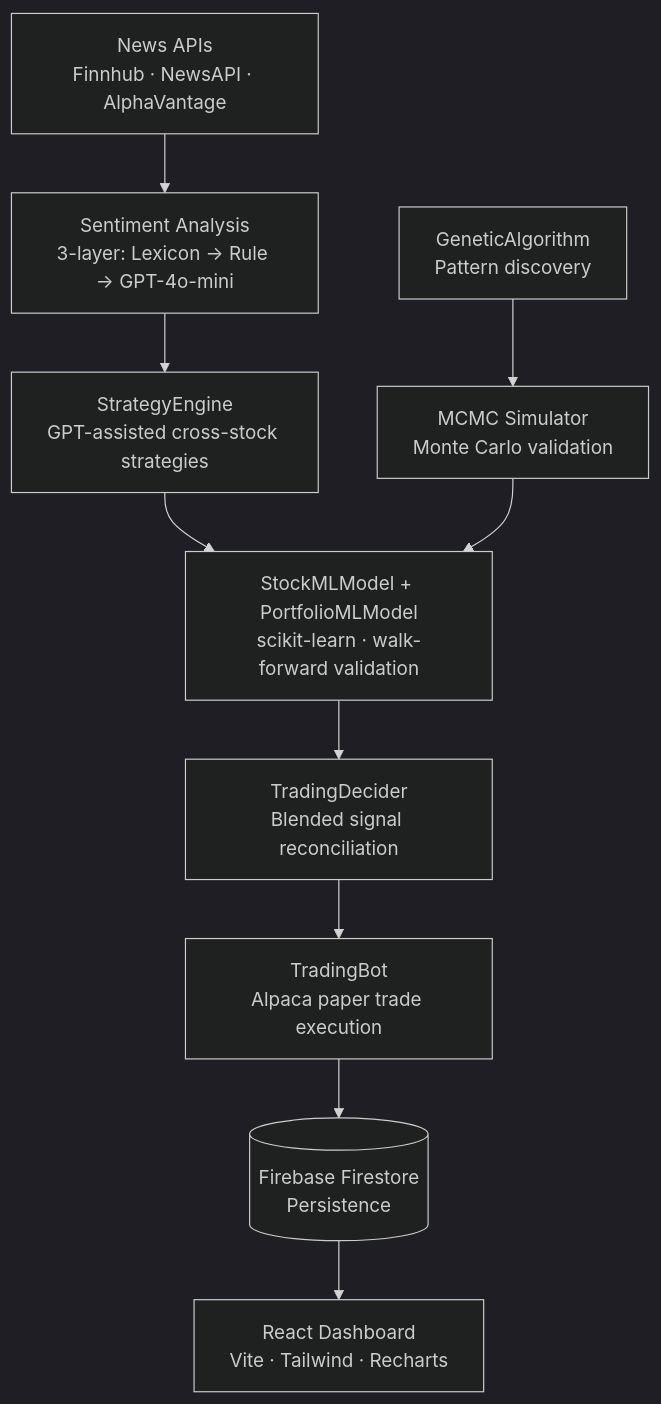
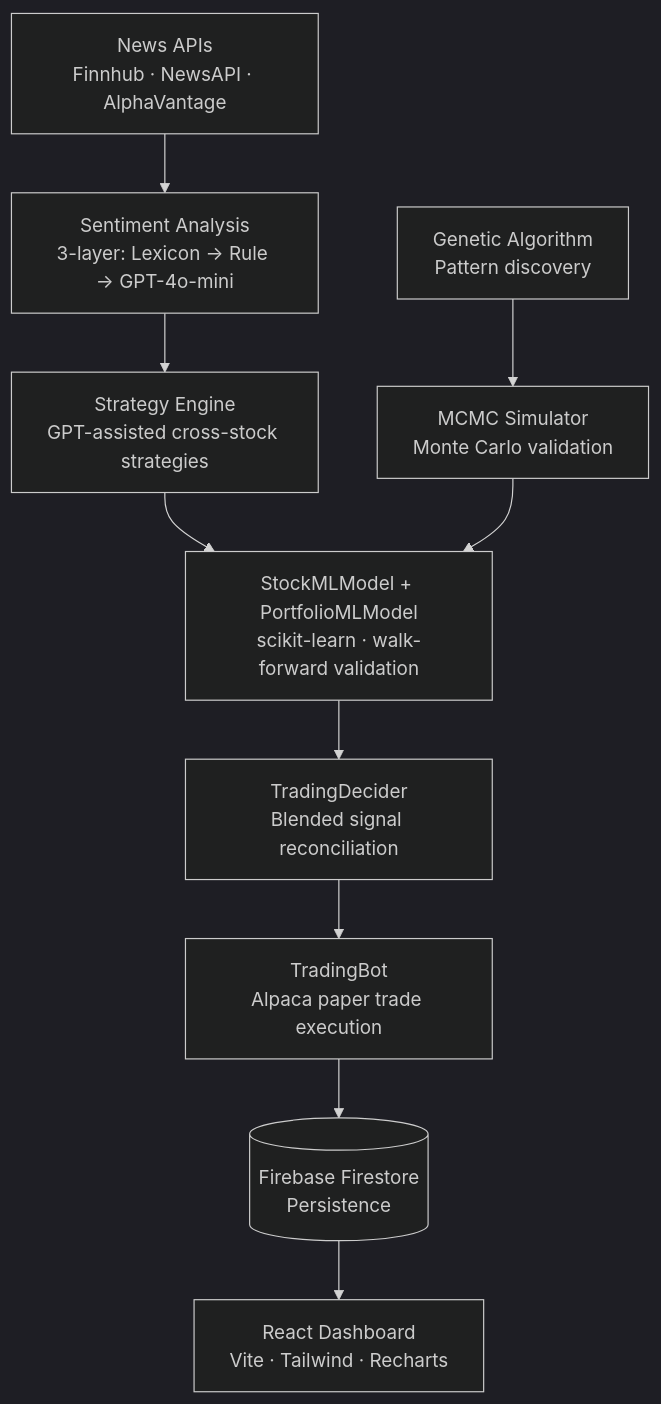
Before and after one commit to Haripratiik/Stock-Portfolio-Optimizer: the diagram in README.md, drawn with Mermaid (dark theme).

Commit message:
Fix formatting of 'Strategy Engine' and 'Genetic Algorithm'

````diff
--- a/README.md
+++ b/README.md
@@ -20,14 +20,14 @@
 ```mermaid
 flowchart TD
     A[News APIs\nFinnhub · NewsAPI · AlphaVantage] --> B[Sentiment Analysis\n3-layer: Lexicon → Rule → GPT-4o-mini]
-    B --> C[StrategyEngine\nGPT-assisted cross-stock strategies]
+    B --> C[Strategy Engine\nGPT-assisted cross-stock strategies]
     C --> D[StockMLModel + PortfolioMLModel\nscikit-learn · walk-forward validation]
     D --> E[TradingDecider\nBlended signal reconciliation]
     E --> F[TradingBot\nAlpaca paper trade execution]
 
-    G[GeneticAlgorithm\nPattern discovery] --> H[MCMC Simulator\nMonte Carlo validation]
+    G[Genetic Algorithm\nPattern discovery] --> H[MCMC Simulator\nMonte Carlo validation]
     H --> D
 
     F --> I[(Firebase Firestore\nPersistence)]
     I --> J[React Dashboard\nVite · Tailwind · Recharts]
 ```
````
